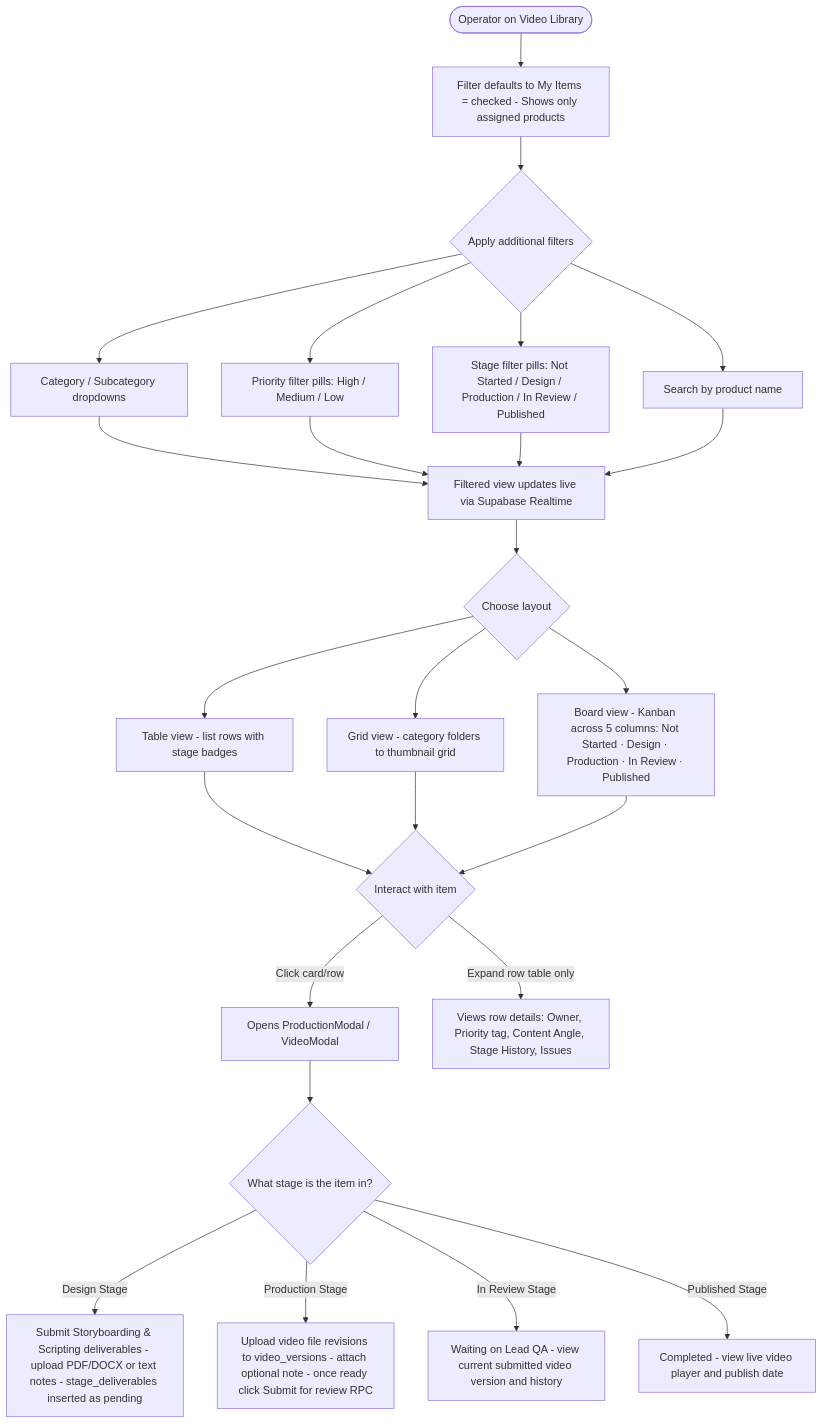
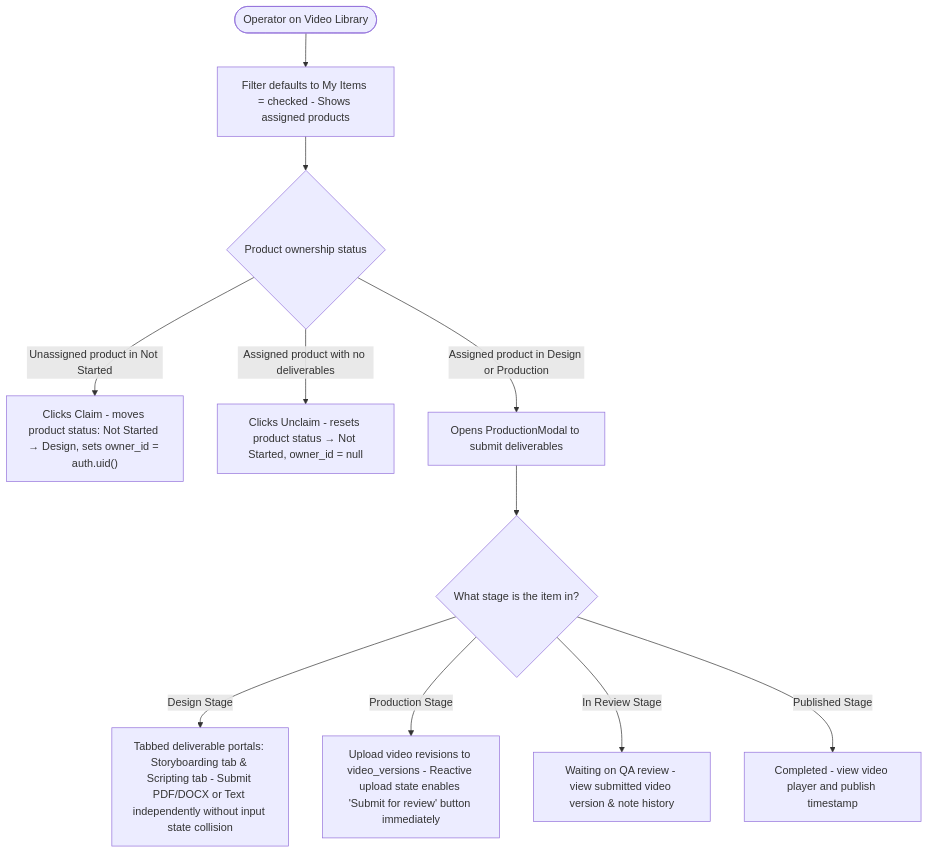
One commit to Lyduke56/BuckedUp-Dashboard-Lifewood changed the third of 7 diagrams in role_workflows.md. Above: the diagram before and after it, drawn with Mermaid. The commit also changed other lines of this file and 1 other file, not shown here.

````diff
--- a/role_workflows.md
+++ b/role_workflows.md
@@ -148,25 +108,14 @@
 ```mermaid
 flowchart TD
-    A([Operator on Video Library]) --> B["Filter defaults to My Items = checked - Shows only assigned products"]
-    B --> C{Apply additional filters}
-    C --> D[Category / Subcategory dropdowns]
-    C --> E[Priority filter pills: High / Medium / Low]
-    C --> F["Stage filter pills: Not Started / Design / Production / In Review / Published"]
-    C --> G[Search by product name]
-    D & E & F & G --> H[Filtered view updates live via Supabase Realtime]
+    A([Operator on Video Library]) --> B["Filter defaults to My Items = checked - Shows assigned products"]
+    B --> C{Product ownership status}
+    C -- "Unassigned product in Not Started" --> D["Clicks Claim - moves product status: Not Started → Design, sets owner_id = auth.uid()"]
+    C -- "Assigned product with no deliverables" --> E["Clicks Unclaim - resets product status → Not Started, owner_id = null"]
+    C -- "Assigned product in Design or Production" --> F["Opens ProductionModal to submit deliverables"]
 
-    H --> I{Choose layout}
-    I --> I1["Table view - list rows with stage badges"]
-    I --> I2["Grid view - category folders to thumbnail grid"]
-    I --> I3["Board view - Kanban across 5 columns: Not Started · Design · Production · In Review · Published"]
-
-    I1 & I2 & I3 --> J{Interact with item}
-    J -- "Click card/row" --> K["Opens ProductionModal / VideoModal"]
-    J -- "Expand row table only" --> L["Views row details: Owner, Priority tag, Content Angle, Stage History, Issues"]
-
-    K --> M{What stage is the item in?}
-    M -- "Design Stage" --> N["Submit Storyboarding & Scripting deliverables - upload PDF/DOCX or text notes - stage_deliverables inserted as pending"]
-    M -- "Production Stage" --> O["Upload video file revisions to video_versions - attach optional note - once ready click Submit for review RPC"]
-    M -- "In Review Stage" --> P["Waiting on Lead QA - view current submitted video version and history"]
-    M -- "Published Stage" --> Q["Completed - view live video player and publish date"]
+    F --> G{What stage is the item in?}
+    G -- "Design Stage" --> H["Tabbed deliverable portals: Storyboarding tab & Scripting tab - Submit PDF/DOCX or Text independently without input state collision"]
+    G -- "Production Stage" --> I["Upload video revisions to video_versions - Reactive upload state enables 'Submit for review' button immediately"]
+    G -- "In Review Stage" --> J["Waiting on QA review - view submitted video version & note history"]
+    G -- "Published Stage" --> K["Completed - view video player and publish timestamp"]
 ```
````
